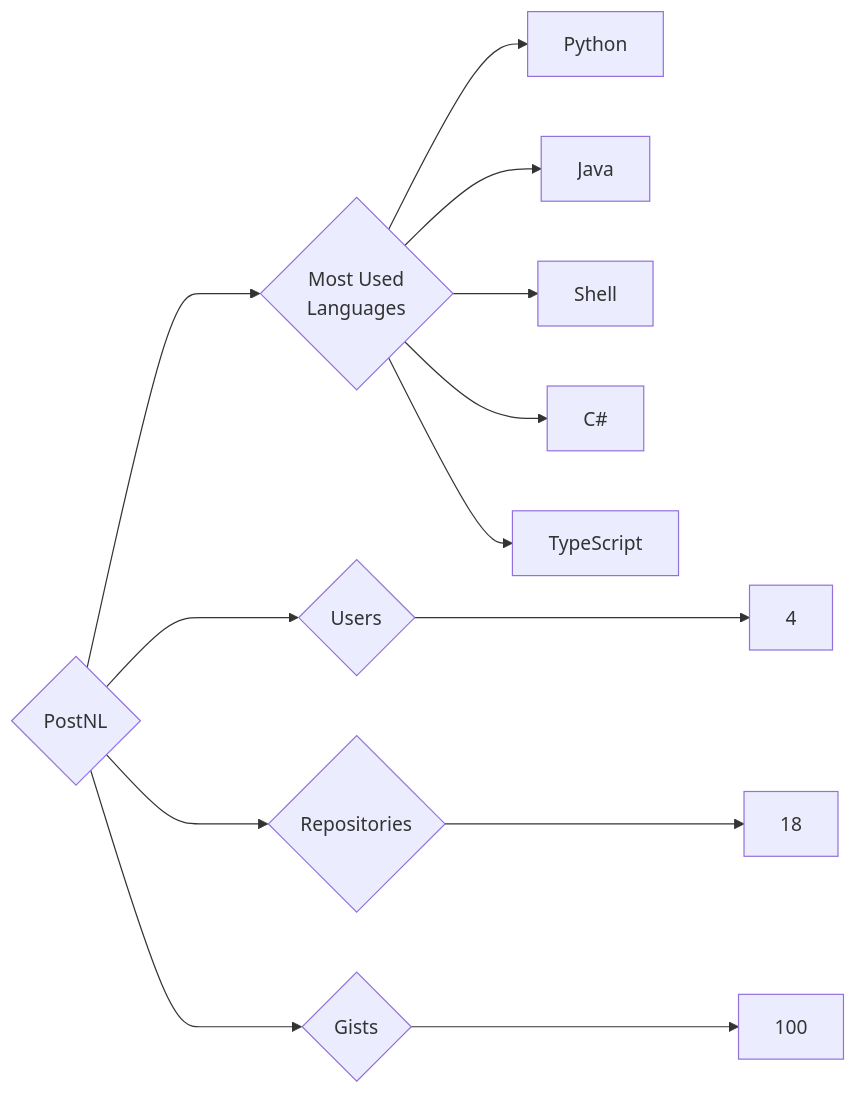
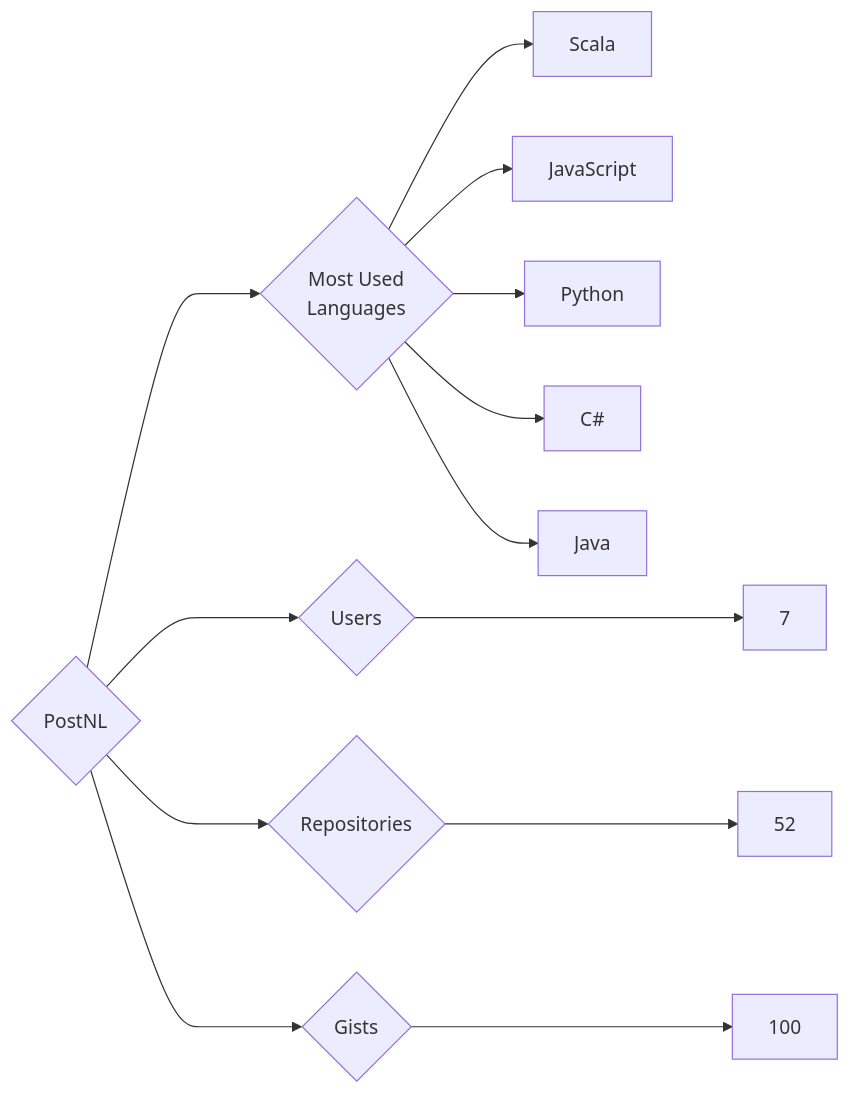
One commit to trickest/insiders changed the diagram in targets/PostNL/README.md. Above: the diagram before and after it, drawn with Mermaid. The commit also changed 1248 other files, not shown here.

````diff
--- a/targets/PostNL/README.md
+++ b/targets/PostNL/README.md
@@ -3,13 +3,13 @@
 ```mermaid
 graph LR
 COMPANY_NAME{PostNL}
-COMPANY_NAME ---> U{Users} ---> UN[4]
-COMPANY_NAME ---> R{Repositories} ---> RN[18]
+COMPANY_NAME ---> U{Users} ---> UN[7]
+COMPANY_NAME ---> R{Repositories} ---> RN[52]
 COMPANY_NAME ---> G{Gists} ---> GN[100]
 COMPANY_NAME ---> ML{Most Used<br>Languages}
+ML --> Scala[Scala]
+ML --> JavaScript[JavaScript]
 ML --> Python[Python]
+ML --> C#[C#]
 ML --> Java[Java]
-ML --> Shell[Shell]
-ML --> C#[C#]
-ML --> TypeScript[TypeScript]
 ```
````
